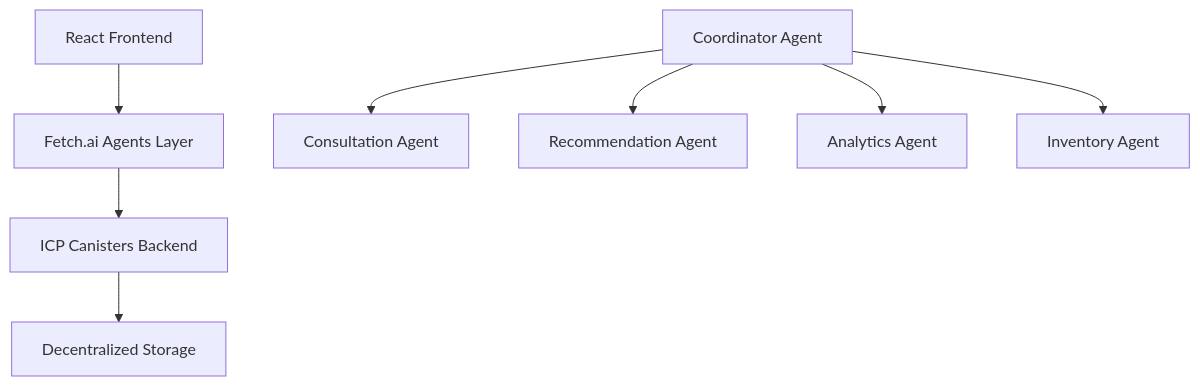
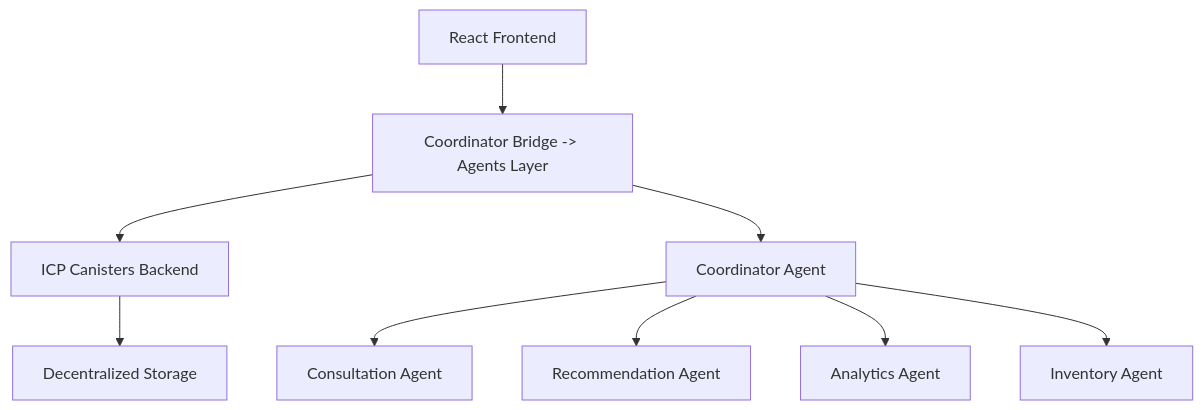
The diagram in README.md (WillyGrahamm/aromance), drawn with Mermaid before and after one commit. The commit also changed other lines of this file and 135 other files, not shown here.

````diff
--- a/README.md
+++ b/README.md
@@ -28,11 +28,12 @@
 ```mermaid
 graph TD
-    A[React Frontend] --> B[Fetch.ai Agents Layer]
+    A[React Frontend] --> B[Coordinator Bridge -> Agents Layer]
     B --> C[ICP Canisters Backend]
     C --> D[Decentralized Storage]
     
-    B1[Coordinator Agent] --> B2[Consultation Agent]
+    B --> B1[Coordinator Agent]
+    B1 --> B2[Consultation Agent]
     B1 --> B3[Recommendation Agent]
     B1 --> B4[Analytics Agent]
     B1 --> B5[Inventory Agent]
 ```
````
